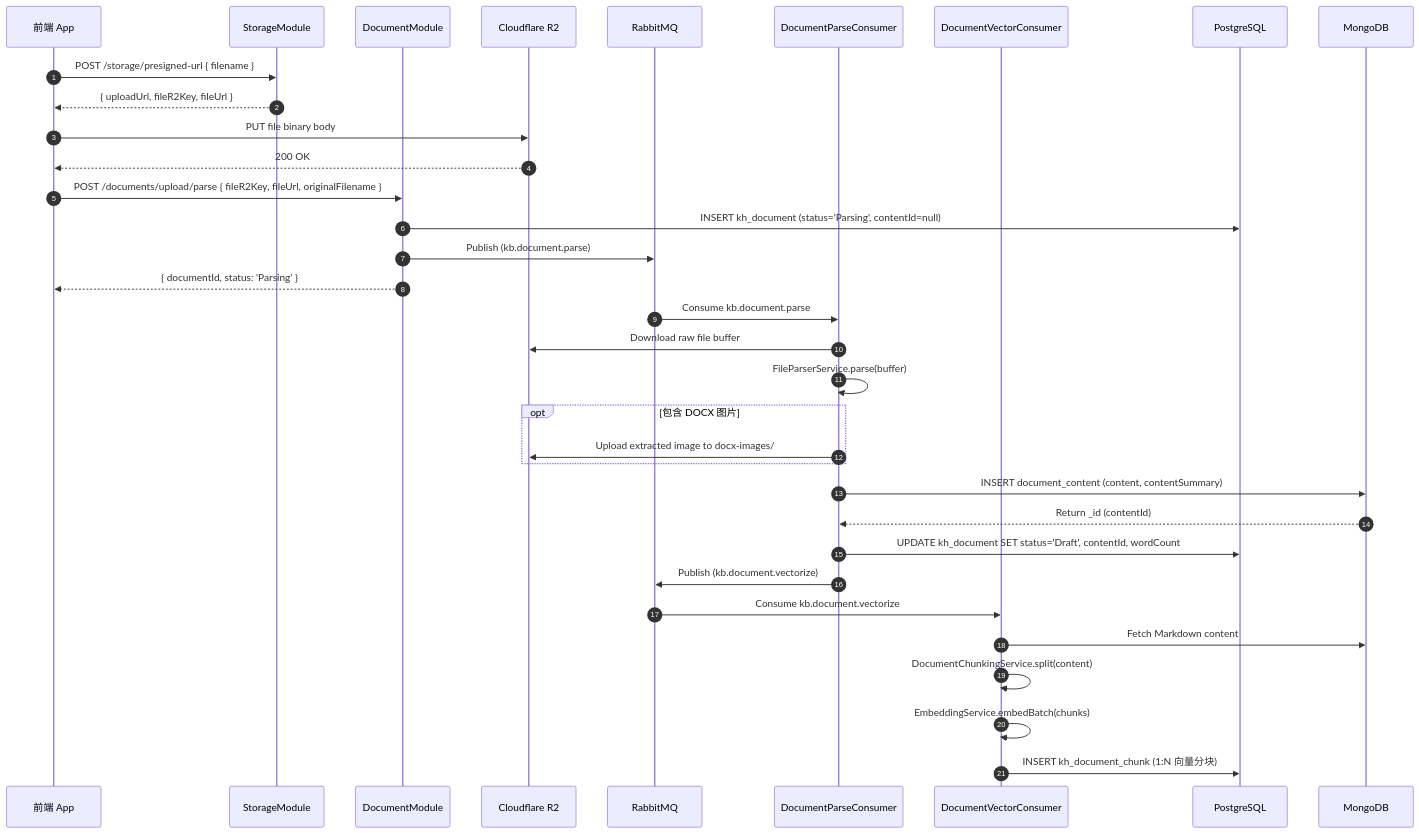
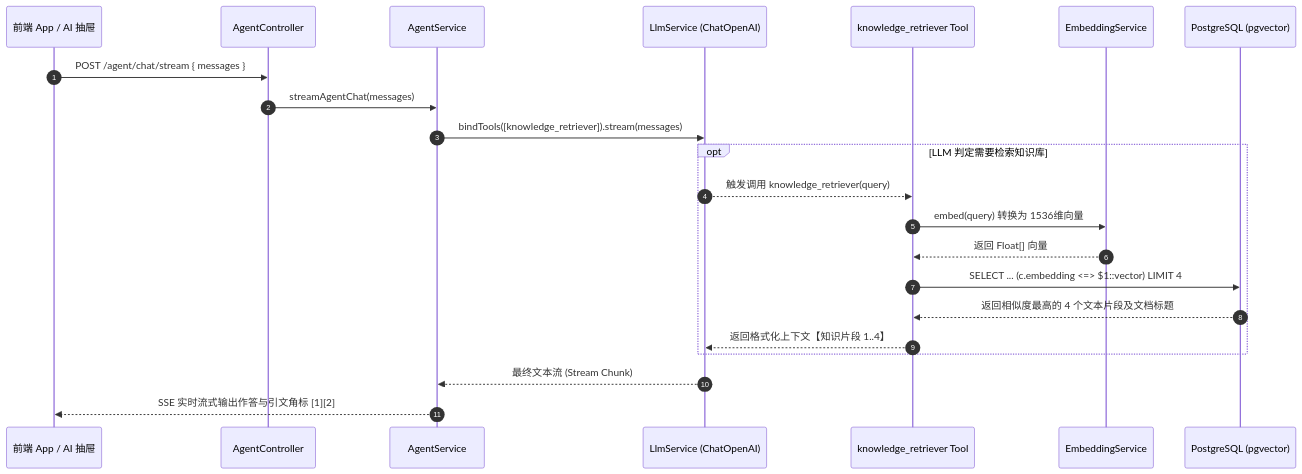
The second of 2 diagrams in enterprise-knowledge-base/docs/document-upload-flow.md (wllcyg/my-push), drawn with Mermaid before and after one commit. The commit also changed other lines of this file and 44 other files, not shown here.

Commit message:
feat: implement backend agent chat service with LLM integration and frontend AI chat drawer UI

````diff
--- a/enterprise-knowledge-base/docs/document-upload-flow.md
+++ b/enterprise-knowledge-base/docs/document-upload-flow.md
@@ -56,39 +61,27 @@
 ```mermaid
 sequenceDiagram
     autonumber
-    participant Client as 前端 App
-    participant Storage as StorageModule
-    participant DocModule as DocumentModule
-    participant R2 as Cloudflare R2
-    participant MQ as RabbitMQ
-    participant ParseConsumer as DocumentParseConsumer
-    participant VectorConsumer as DocumentVectorConsumer
-    participant PG as PostgreSQL
-    participant Mongo as MongoDB
+    participant Client as 前端 App / AI 抽屉
+    participant AgentCtrl as AgentController
+    participant AgentSvc as AgentService
+    participant LLM as LlmService (ChatOpenAI)
+    participant Tool as knowledge_retriever Tool
+    participant Embed as EmbeddingService
+    participant PG as PostgreSQL (pgvector)
 
-    Client->>Storage: POST /storage/presigned-url { filename }
-    Storage-->>Client: { uploadUrl, fileR2Key, fileUrl }
-    Client->>R2: PUT file binary body
-    R2-->>Client: 200 OK
-    Client->>DocModule: POST /documents/upload/parse { fileR2Key, fileUrl, originalFilename }
-    DocModule->>PG: INSERT kh_document (status='Parsing', contentId=null)
-    DocModule->>MQ: Publish (kb.document.parse)
-    DocModule-->>Client: { documentId, status: 'Parsing' }
+    Client->>AgentCtrl: POST /agent/chat/stream { messages }
+    AgentCtrl->>AgentSvc: streamAgentChat(messages)
+    AgentSvc->>LLM: bindTools([knowledge_retriever]).stream(messages)
     
-    MQ->>ParseConsumer: Consume kb.document.parse
-    ParseConsumer->>R2: Download raw file buffer
-    ParseConsumer->>ParseConsumer: FileParserService.parse(buffer)
-    opt 包含 DOCX 图片
-        ParseConsumer->>R2: Upload extracted image to docx-images/
+    opt LLM 判定需要检索知识库
+        LLM-->>Tool: 触发调用 knowledge_retriever(query)
+        Tool->>Embed: embed(query) 转换为 1536维向量
+        Embed-->>Tool: 返回 Float[] 向量
+        Tool->>PG: SELECT ... (c.embedding <=> $1::vector) LIMIT 4
+        PG-->>Tool: 返回相似度最高的 4 个文本片段及文档标题
+        Tool-->>LLM: 返回格式化上下文【知识片段 1..4】
     end
-    ParseConsumer->>Mongo: INSERT document_content (content, contentSummary)
-    Mongo-->>ParseConsumer: Return _id (contentId)
-    ParseConsumer->>PG: UPDATE kh_document SET status='Draft', contentId, wordCount
-    ParseConsumer->>MQ: Publish (kb.document.vectorize)
 
-    MQ->>VectorConsumer: Consume kb.document.vectorize
-    VectorConsumer->>Mongo: Fetch Markdown content
-    VectorConsumer->>VectorConsumer: DocumentChunkingService.split(content)
-    VectorConsumer->>VectorConsumer: EmbeddingService.embedBatch(chunks)
-    VectorConsumer->>PG: INSERT kh_document_chunk (1:N 向量分块)
+    LLM-->>AgentSvc: 最终文本流 (Stream Chunk)
+    AgentSvc-->>Client: SSE 实时流式输出作答与引文角标 [1][2]
 ```
````
